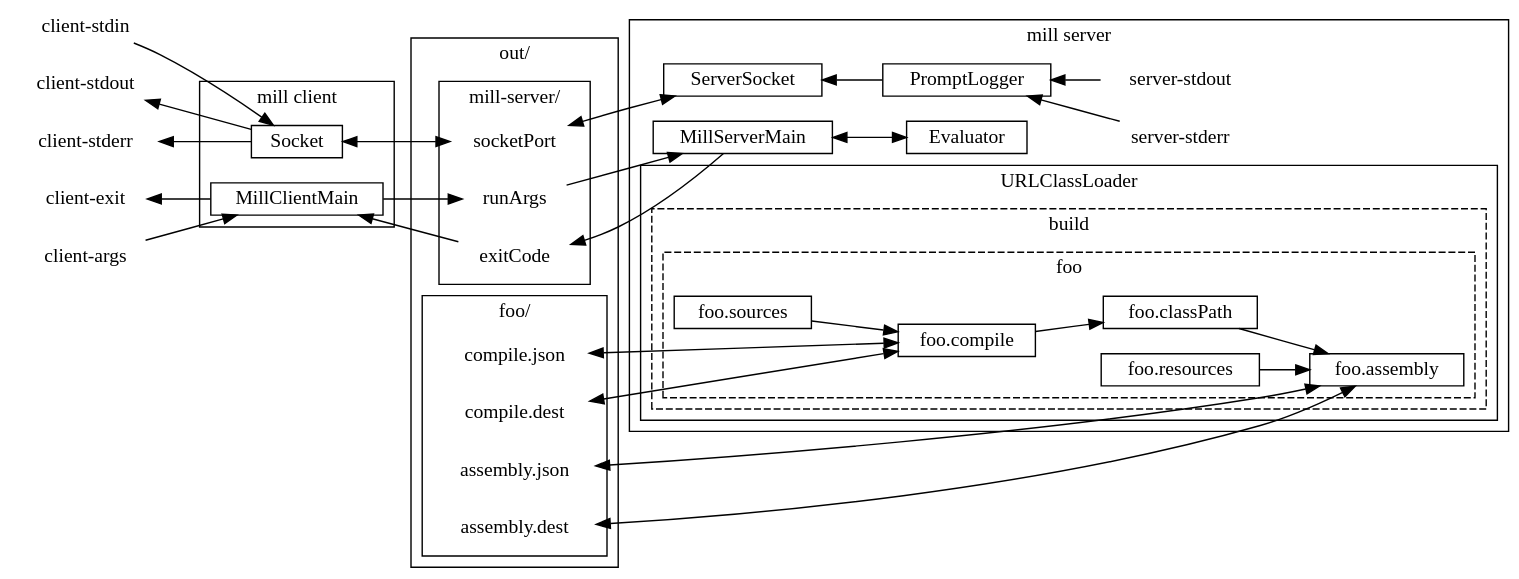
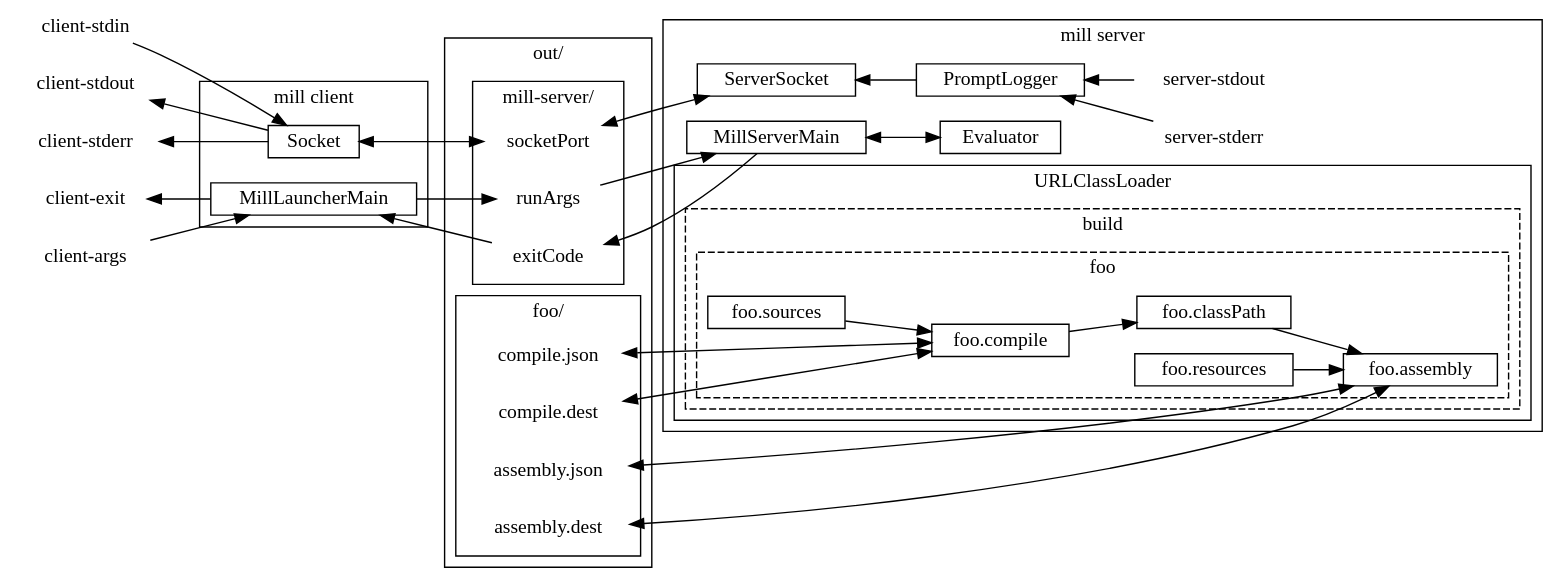
The diagram in website/docs/modules/ROOT/pages/depth/process-architecture.adoc (com-lihaoyi/mill), drawn with Graphviz before and after one commit. The commit also changed 101 other files, not shown here.

```diff
--- a/website/docs/modules/ROOT/pages/depth/process-architecture.adoc
+++ b/website/docs/modules/ROOT/pages/depth/process-architecture.adoc
@@ -21,14 +21,14 @@
   subgraph cluster_client {
       label = "mill client";
       "Socket"
-      "MillClientMain"
+      "MillLauncherMain"
   }
   "client-stdin" -> "Socket"
   "client-stderr" -> "Socket" [dir=back]
   "client-stdout" -> "Socket" [dir=back]
-  "client-args" -> "MillClientMain"
-  "client-exit" -> "MillClientMain" [dir=back]
-  "MillClientMain" -> "runArgs"
+  "client-args" -> "MillLauncherMain"
+  "client-exit" -> "MillLauncherMain" [dir=back]
+  "MillLauncherMain" -> "runArgs"
   subgraph cluster_out {
     label = "out/";
 
@@ -82,7 +82,7 @@
   "MillServerMain" -> "Evaluator" [dir=both]
   "ServerSocket" -> "PromptLogger" [dir=back]
   "exitCode" -> "MillServerMain" [dir=back]
-  "MillClientMain" -> "exitCode" [dir=back]
+  "MillLauncherMain" -> "exitCode" [dir=back]
   "Socket" -> "socketPort"  [dir=both]
   "socketPort" -> "ServerSocket"  [dir=both]
 
```
